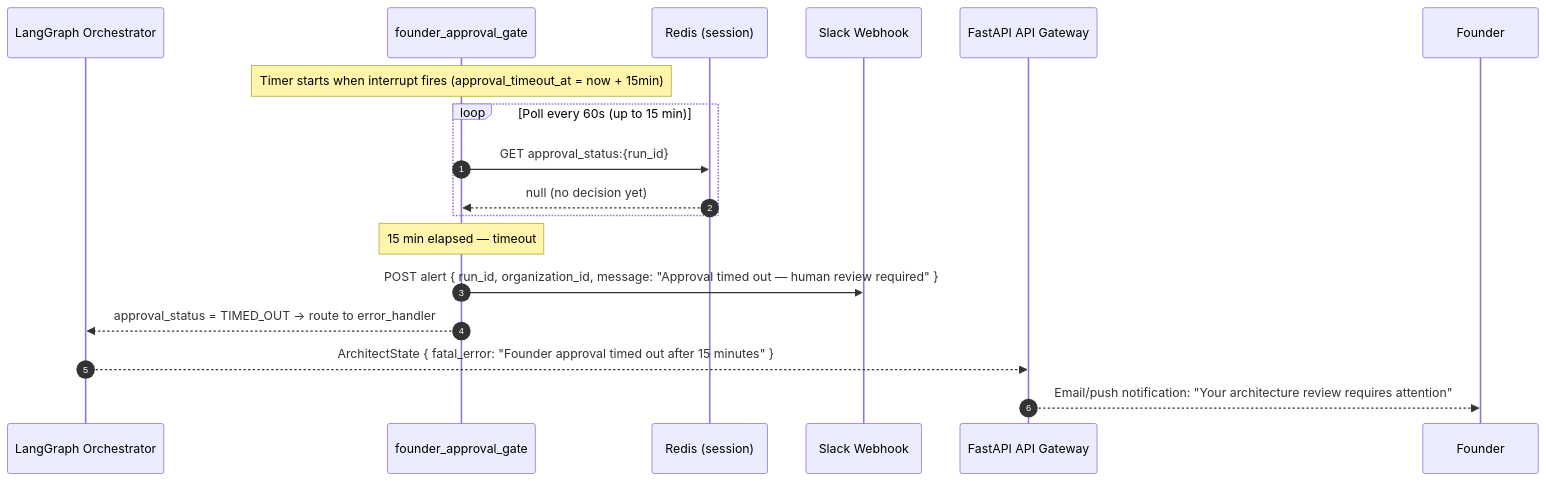
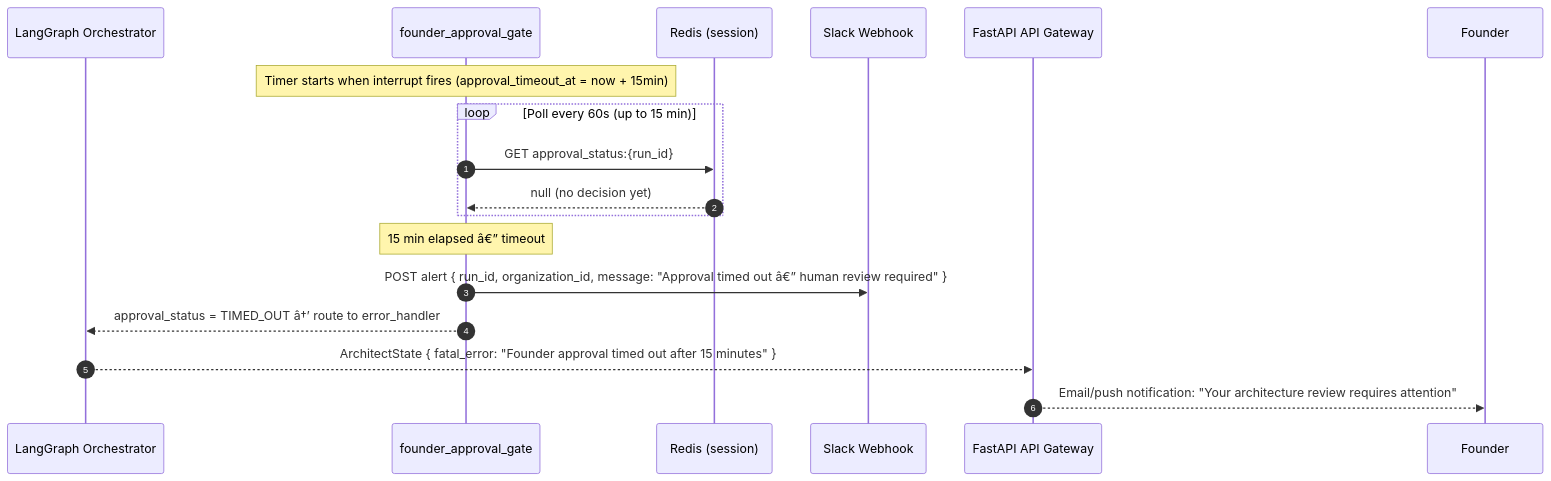
Before and after one commit to kaushraj1/AutoFounder: the fourth of 4 diagrams in docs/architecture/Agents-Architecture/architect-agent.md, drawn with Mermaid. The commit also changed other lines of this file, not shown here.

First line of the commit message:
docs(architect): sync LLD path comments to backend/app/agents/architect (19 hits)

````diff
--- a/docs/architecture/Agents-Architecture/architect-agent.md
+++ b/docs/architecture/Agents-Architecture/architect-agent.md
@@ -1536,24 +1536,24 @@
 ```mermaid
 sequenceDiagram
     autonumber
     participant Graph as LangGraph Orchestrator
     participant Gate  as founder_approval_gate
     participant Redis as Redis (session)
     participant Slack as Slack Webhook
     participant API   as FastAPI API Gateway
     participant Founder
 
     Note over Gate: Timer starts when interrupt fires (approval_timeout_at = now + 15min)
 
     loop Poll every 60s (up to 15 min)
         Gate ->> Redis: GET approval_status:{run_id}
         Redis -->> Gate: null (no decision yet)
     end
 
-    Note over Gate: 15 min elapsed — timeout
-    Gate ->> Slack: POST alert { run_id, organization_id, message: "Approval timed out — human review required" }
-    Gate -->> Graph: approval_status = TIMED_OUT → route to error_handler
+    Note over Gate: 15 min elapsed â€” timeout
+    Gate ->> Slack: POST alert { run_id, organization_id, message: "Approval timed out â€” human review required" }
+    Gate -->> Graph: approval_status = TIMED_OUT â†’ route to error_handler
 
     Graph -->> API: ArchitectState { fatal_error: "Founder approval timed out after 15 minutes" }
     API -->> Founder: Email/push notification: "Your architecture review requires attention"
 ```
````
